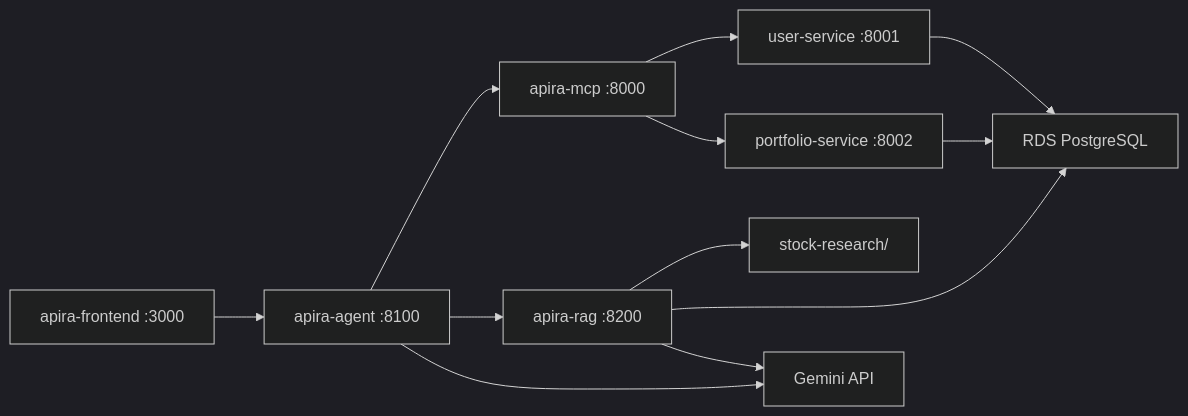
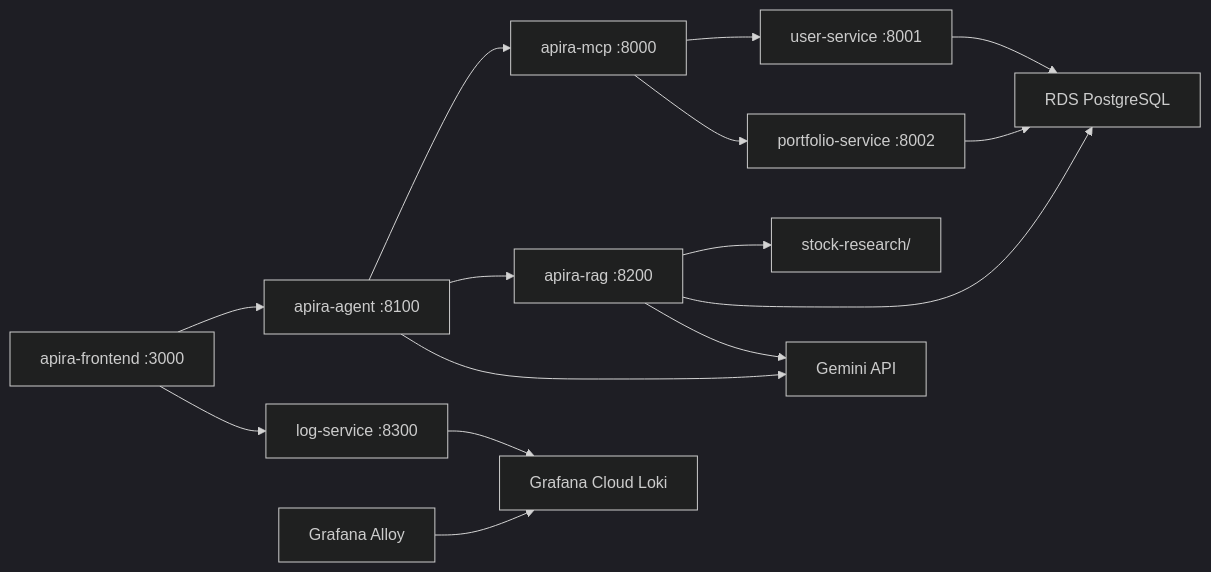
One commit to KMeltzer24/apira changed the diagram in docs/architecture.md. Above: the diagram before and after it, drawn with Mermaid (dark theme). The commit also changed other lines of this file and 15 other files, not shown here.

First line of the commit message:
Add Grafana Cloud log shipping and Alice lookback docs.

````diff
--- a/docs/architecture.md
+++ b/docs/architecture.md
@@ -5,14 +5,17 @@
 ```mermaid
 flowchart LR
     Frontend["apira-frontend :3000"] --> Agent["apira-agent :8100"]
+    Frontend --> LogService["log-service :8300"]
     Agent --> BackendMCP["apira-mcp :8000"]
     Agent --> RagMCP["apira-rag :8200"]
     BackendMCP --> User["user-service :8001"]
     BackendMCP --> Portfolio["portfolio-service :8002"]
     User --> RDS["RDS PostgreSQL"]
     Portfolio --> RDS
     RagMCP --> Corpus["stock-research/"]
     RagMCP --> RDS
     Agent --> Gemini["Gemini API"]
     RagMCP --> Gemini
+    LogService --> Loki["Grafana Cloud Loki"]
+    Alloy["Grafana Alloy"] --> Loki
 ```
````
